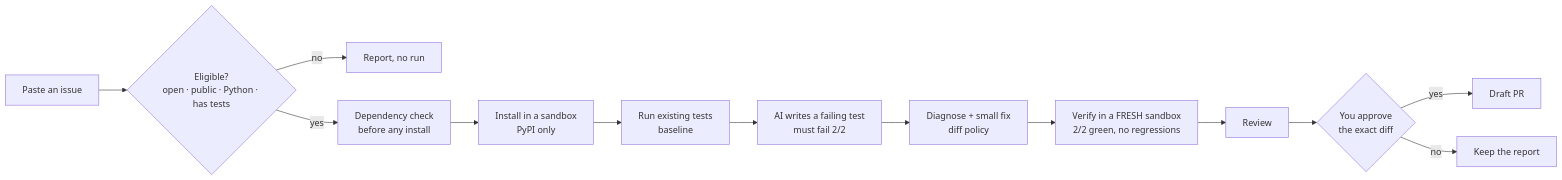
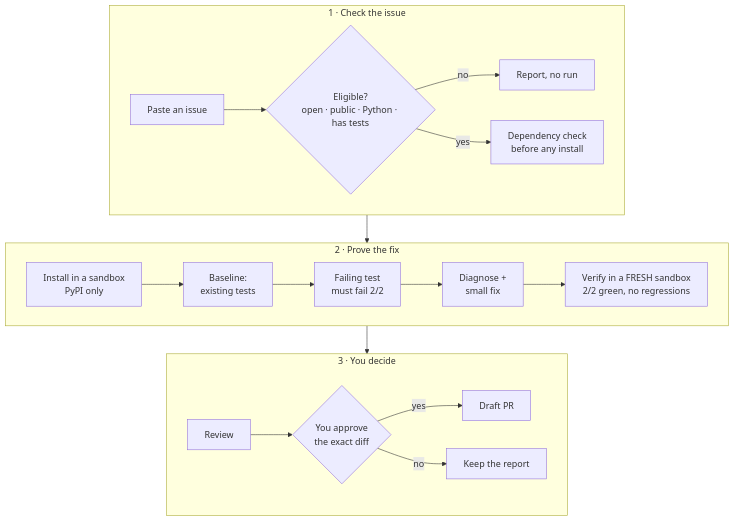
Before and after one commit to Niranjan-cyber/patchpilot: the diagram in README.md, drawn with Mermaid. The commit also changed other lines of this file, not shown here.

Commit message:
README: readable 3-row pipeline diagram; table header

````diff
--- a/README.md
+++ b/README.md
@@ -49,15 +49,24 @@
 ```mermaid
-flowchart LR
-    A[Paste an issue] --> B{Eligible?<br/>open · public · Python · has tests}
-    B -->|no| R[Report, no run]
-    B -->|yes| C[Dependency check<br/>before any install]
-    C --> D[Install in a sandbox<br/>PyPI only]
-    D --> E[Run existing tests<br/>baseline]
-    E --> F[AI writes a failing test<br/>must fail 2/2]
-    F --> G[Diagnose + small fix<br/>diff policy]
-    G --> H[Verify in a FRESH sandbox<br/>2/2 green, no regressions]
-    H --> I[Review]
-    I --> J{You approve<br/>the exact diff}
-    J -->|yes| K[Draft PR]
-    J -->|no| L[Keep the report]
+flowchart TB
+    subgraph check [1 · Check the issue]
+        direction LR
+        A[Paste an issue] --> B{Eligible?<br/>open · public · Python · has tests}
+        B -->|no| R[Report, no run]
+        B -->|yes| C[Dependency check<br/>before any install]
+    end
+    subgraph prove [2 · Prove the fix]
+        direction LR
+        D[Install in a sandbox<br/>PyPI only] --> E[Baseline:<br/>existing tests]
+        E --> F[Failing test<br/>must fail 2/2]
+        F --> G[Diagnose +<br/>small fix]
+        G --> H[Verify in a FRESH sandbox<br/>2/2 green, no regressions]
+    end
+    subgraph decide [3 · You decide]
+        direction LR
+        I[Review] --> J{You approve<br/>the exact diff}
+        J -->|yes| K[Draft PR]
+        J -->|no| L[Keep the report]
+    end
+    C --> D
+    H --> I
 ```
````
